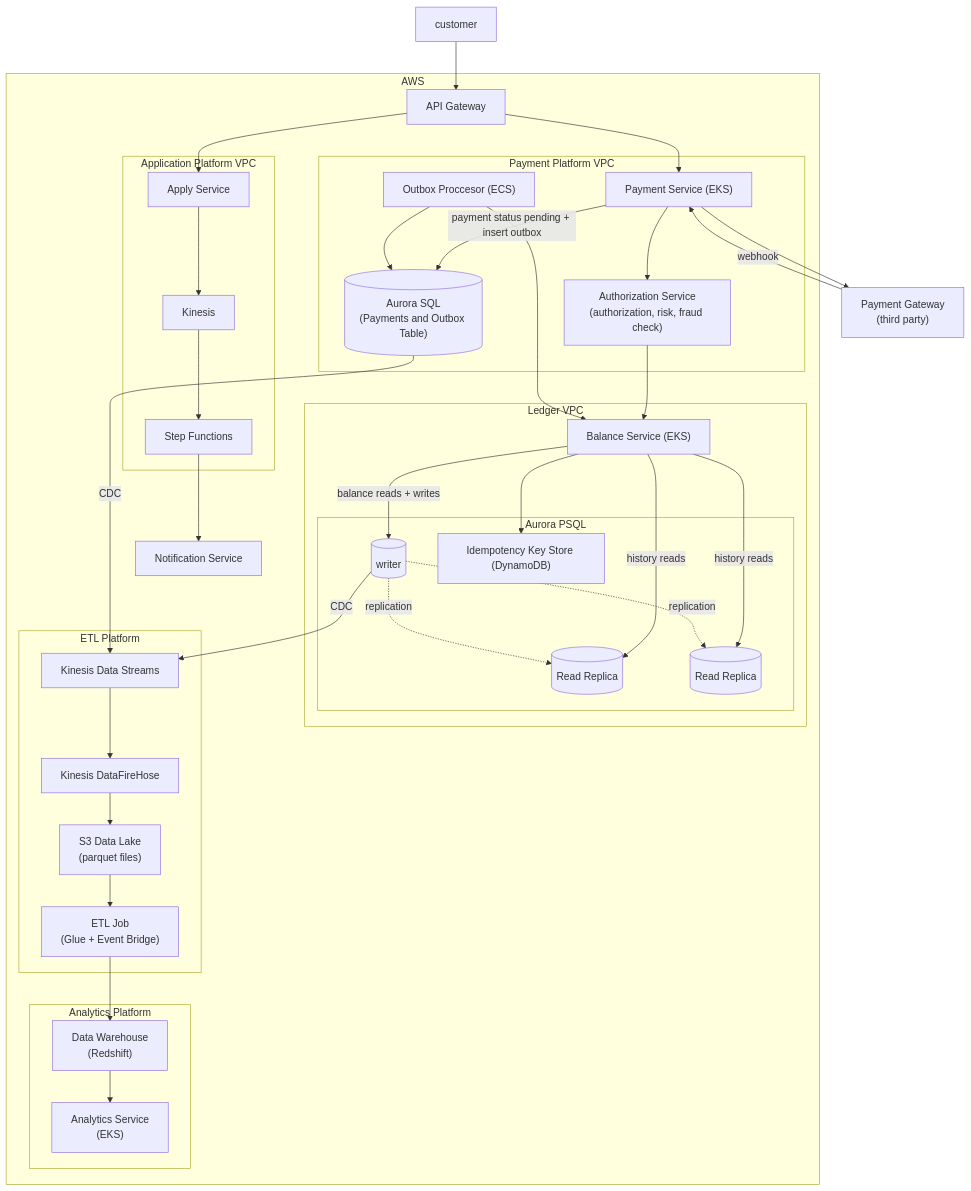
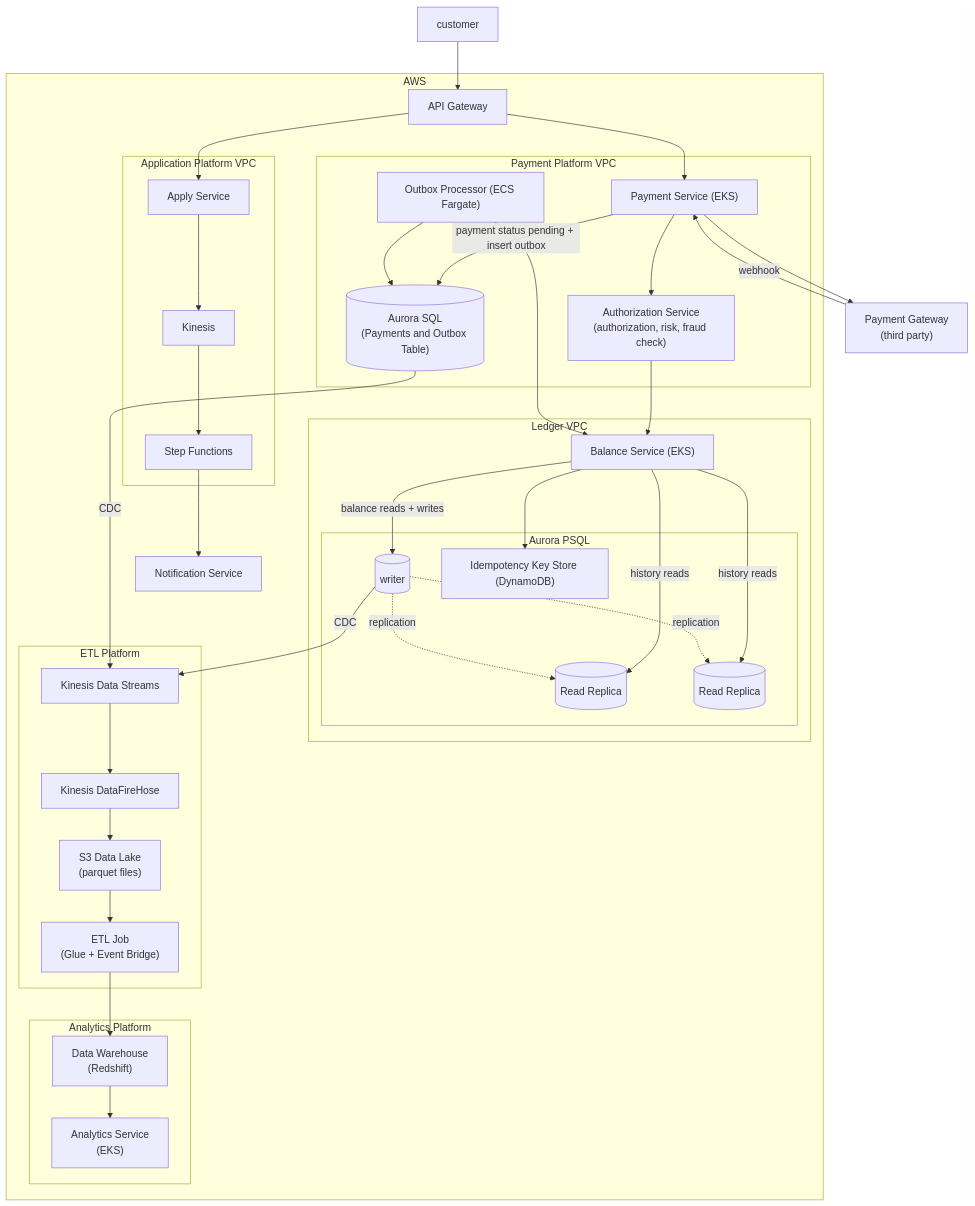
The diagram in interview-prep/capital_one/banking_platform_small.md (Daniel-Ibarrola/leetcode), drawn with Mermaid before and after one commit. The commit also changed other lines of this file, not shown here.

Commit message:
update banking platform design doc: fix typos, expand on data flows, idempotency, outbox pattern, and sharding scalability

````diff
--- a/interview-prep/capital_one/banking_platform_small.md
+++ b/interview-prep/capital_one/banking_platform_small.md
@@ -15,77 +15,77 @@
 ```mermaid
 flowchart TB
     Client["customer"]
 
     subgraph Cloud["AWS"]
         APIGW["API Gateway"]
 
 
         subgraph PaymentPlatform["Payment Platform VPC"]
             PaymentService["Payment Service (EKS)"]
             AuthorizationService["Authorization Service<br/>(authorization, risk, fraud check)"]
             
             PaymentDB[("Aurora SQL<br/>(Payments and Outbox Table)")]
 
-            OutboxProccesor["Outbox Proccesor (ECS)"]
+            OutboxProcessor["Outbox Processor (ECS Fargate)"]
         end
 
         subgraph ApplicationPlatform["Application Platform VPC"]
             ApplyService["Apply Service"]
             ApplicationKinesis["Kinesis"]
             ApplicationSF["Step Functions"]
         end
 
         subgraph LedgerPlatform["Ledger VPC"]
             BalanceService["Balance Service (EKS)"]
 
             subgraph LedgerDB["Aurora PSQL"]
                 Writer[("writer")]
                 RR1[("Read Replica")]
                 RR2[("Read Replica")]
                 IKS["Idempotency Key Store (DynamoDB)"]
             end 
         end
 
         subgraph ETLPlatform["ETL Platform"]
             KinesisETL["Kinesis Data Streams"]
             KinesisDFH["Kinesis DataFireHose"]
             S3Lake["S3 Data Lake<br/>(parquet files)"]
             ETLJob["ETL Job<br/>(Glue + Event Bridge)"]
         end
 
         subgraph AnalyticsPlatform["Analytics Platform"]
             DW["Data Warehouse<br/>(Redshift)"]
             AnalyticsSvc["Analytics Service<br/>(EKS)"]
         end
 
         NotificationService["Notification Service"]
     end
 
     PGW["Payment Gateway<br/>(third party)"]
 
     Client --> APIGW
     
     APIGW --> PaymentService
     APIGW --> ApplyService
     
     PaymentService --> AuthorizationService
     PaymentService --> PGW
     PGW --> |webhook| PaymentService
     PaymentService --> |payment status pending + insert outbox| PaymentDB
     AuthorizationService --> BalanceService
-    OutboxProccesor --> BalanceService
-    OutboxProccesor --> PaymentDB
+    OutboxProcessor --> BalanceService
+    OutboxProcessor --> PaymentDB
     PaymentDB --> |CDC| KinesisETL
 
     ApplyService --> ApplicationKinesis --> ApplicationSF --> NotificationService
 
     BalanceService --> |balance reads + writes| Writer
     BalanceService --> |history reads| RR1 & RR2
     BalanceService --> IKS
     Writer -. replication .-> RR1 & RR2
     Writer --> |CDC| KinesisETL
 
     KinesisETL --> KinesisDFH --> S3Lake --> ETLJob --> DW
 
     DW --> AnalyticsSvc
 ```
````
